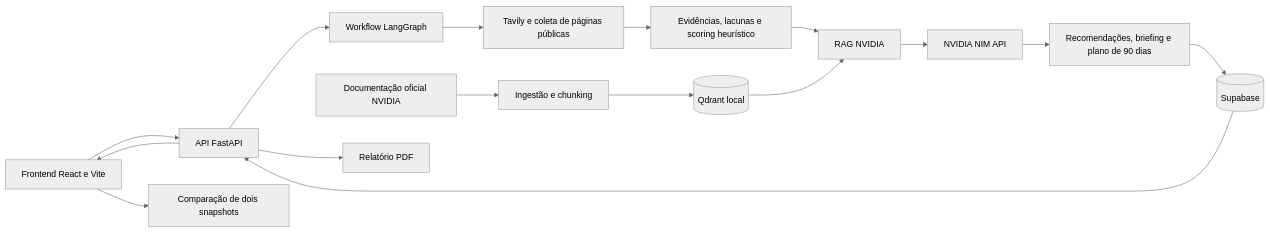
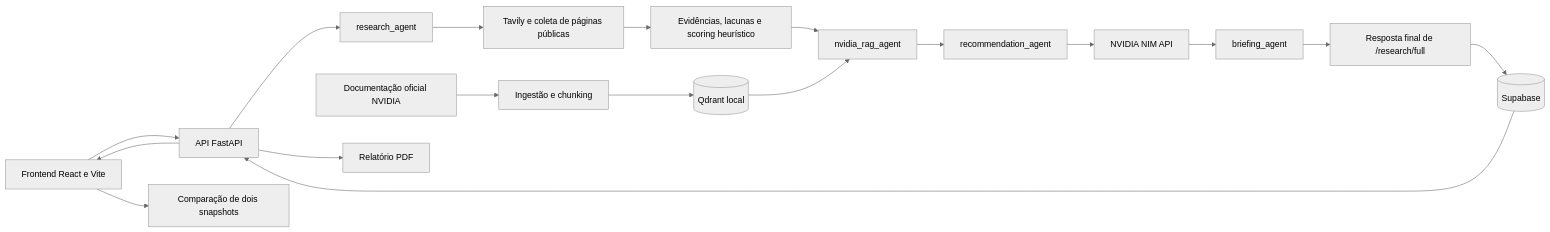
Before and after one commit to f4bianne/nvidia-startup-ai-radar: the diagram in README.md, drawn with Mermaid (neutral theme). The commit also changed other lines of this file and 1 other file, not shown here.

````diff
--- a/README.md
+++ b/README.md
@@ -102,18 +116,20 @@
 ```mermaid
 flowchart LR
     UI[Frontend React e Vite] --> API[API FastAPI]
-    API --> LG[Workflow LangGraph]
-    LG --> SEARCH[Tavily e coleta de páginas públicas]
+    API --> RESEARCH[research_agent]
+    RESEARCH --> SEARCH[Tavily e coleta de páginas públicas]
     SEARCH --> RULES[Evidências, lacunas e scoring heurístico]
-    RULES --> RAG[RAG NVIDIA]
+    RULES --> RAG[nvidia_rag_agent]
     DOCS[Documentação oficial NVIDIA] --> INGEST[Ingestão e chunking]
     INGEST --> QD[(Qdrant local)]
     QD --> RAG
-    RAG --> NIM[NVIDIA NIM API]
-    NIM --> REPORT[Recomendações, briefing e plano de 90 dias]
-    REPORT --> DB[(Supabase)]
+    RAG --> REC[recommendation_agent]
+    REC --> NIM[NVIDIA NIM API]
+    NIM --> BRIEF[briefing_agent]
+    BRIEF --> FINAL[Resposta final de /research/full]
+    FINAL --> DB[(Supabase)]
     DB --> API
     API --> PDF[Relatório PDF]
     API --> UI
     UI --> COMP[Comparação de dois snapshots]
 ```
````
